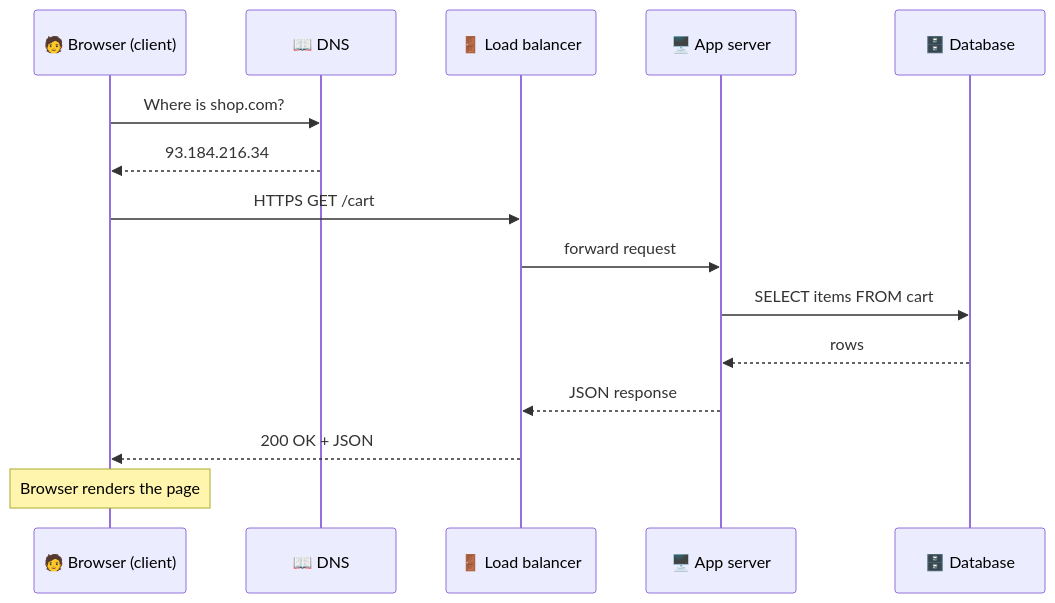
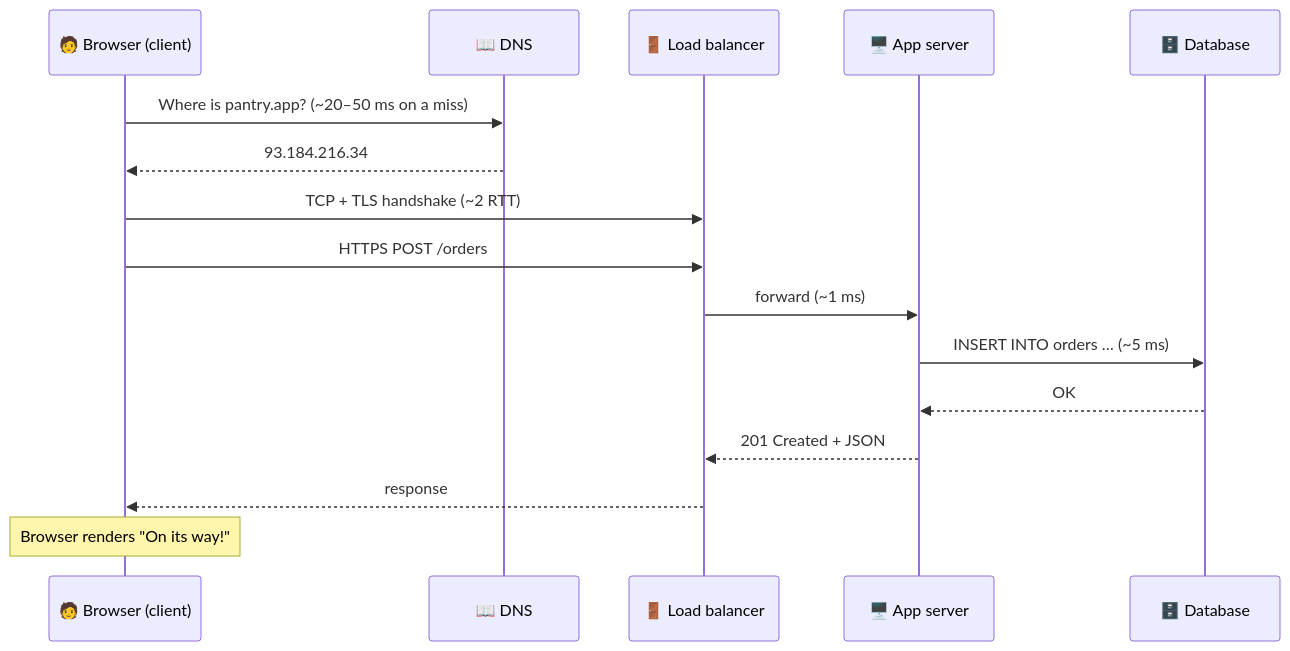
The diagram in phases/01-foundations/002-life-of-a-request.md (winnyboy5/System-Design-from-Atoms), drawn with Mermaid before and after one commit. The commit also changed other lines of this file and 7 other files, not shown here.

````diff
--- a/phases/01-foundations/002-life-of-a-request.md
+++ b/phases/01-foundations/002-life-of-a-request.md
@@ -31,17 +41,18 @@
 ```mermaid
 sequenceDiagram
     participant B as 🧑 Browser (client)
     participant D as 📖 DNS
     participant L as 🚪 Load balancer
     participant A as 🖥️ App server
     participant DB as 🗄️ Database
-    B->>D: Where is shop.com?
+    B->>D: Where is pantry.app? (~20–50 ms on a miss)
     D-->>B: 93.184.216.34
-    B->>L: HTTPS GET /cart
-    L->>A: forward request
-    A->>DB: SELECT items FROM cart
-    DB-->>A: rows
-    A-->>L: JSON response
-    L-->>B: 200 OK + JSON
-    Note over B: Browser renders the page
+    B->>L: TCP + TLS handshake (~2 RTT)
+    B->>L: HTTPS POST /orders
+    L->>A: forward (~1 ms)
+    A->>DB: INSERT INTO orders … (~5 ms)
+    DB-->>A: OK
+    A-->>L: 201 Created + JSON
+    L-->>B: response
+    Note over B: Browser renders "On its way!"
 ```
````
